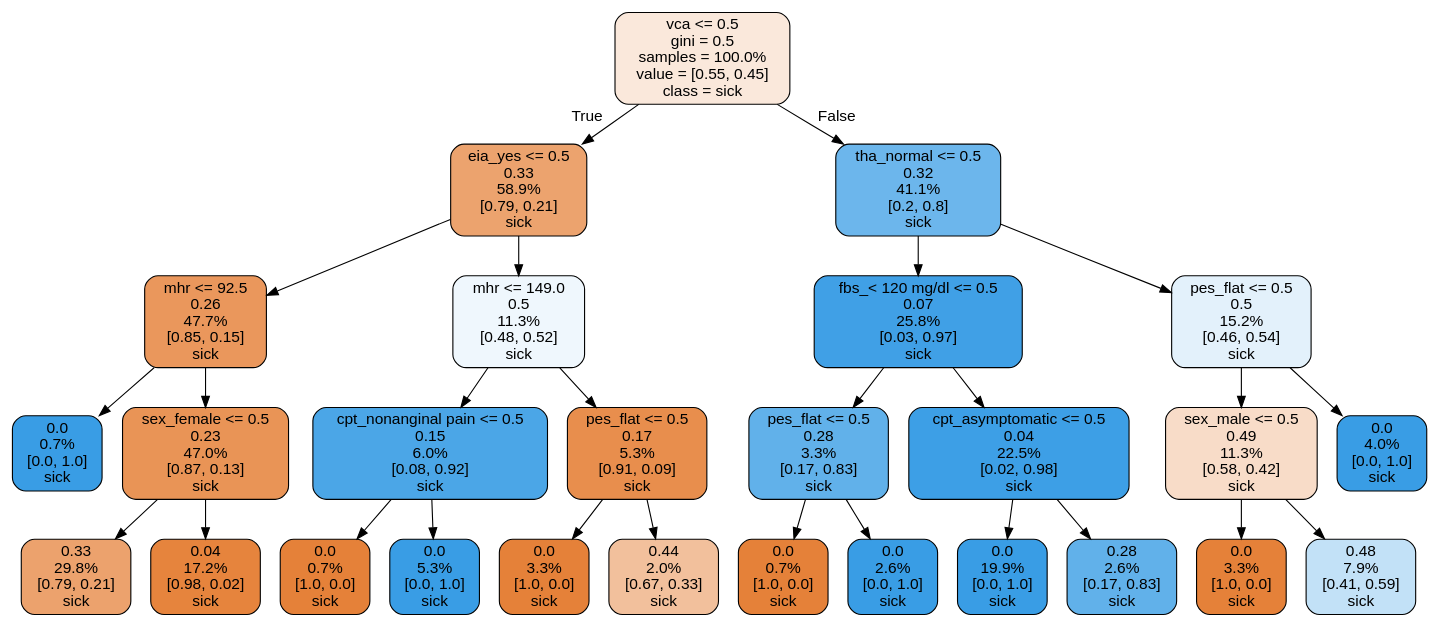
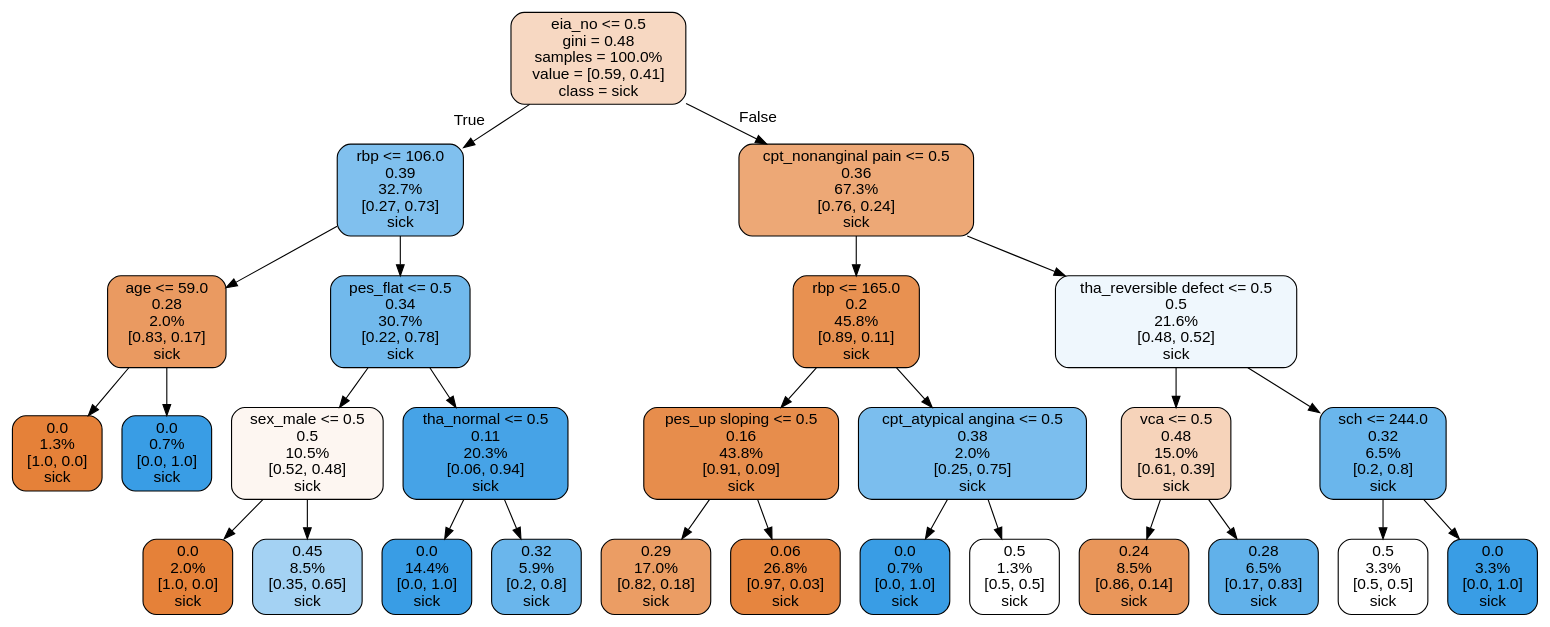
Before and after one commit to ma6068/SU: the diagram in dot/random_forest_tree.dot, drawn with Graphviz. The commit also changed 37 other files, not shown here.

```diff
--- a/dot/random_forest_tree.dot
+++ b/dot/random_forest_tree.dot
@@ -1,57 +1,57 @@
 digraph Tree {
 node [shape=box, style="filled, rounded", color="black", fontname="helvetica"] ;
 edge [fontname="helvetica"] ;
-0 [label="vca <= 0.5\ngini = 0.5\nsamples = 100.0%\nvalue = [0.55, 0.45]\nclass = sick", fillcolor="#fae8db"] ;
-1 [label="eia_yes <= 0.5\n0.33\n58.9%\n[0.79, 0.21]\nsick", fillcolor="#eca36e"] ;
+0 [label="eia_no <= 0.5\ngini = 0.48\nsamples = 100.0%\nvalue = [0.59, 0.41]\nclass = sick", fillcolor="#f7d8c2"] ;
+1 [label="rbp <= 106.0\n0.39\n32.7%\n[0.27, 0.73]\nsick", fillcolor="#80c0ee"] ;
 0 -> 1 [labeldistance=2.5, labelangle=45, headlabel="True"] ;
-2 [label="mhr <= 92.5\n0.26\n47.7%\n[0.85, 0.15]\nsick", fillcolor="#ea975c"] ;
+2 [label="age <= 59.0\n0.28\n2.0%\n[0.83, 0.17]\nsick", fillcolor="#ea9a61"] ;
 1 -> 2 ;
-3 [label="0.0\n0.7%\n[0.0, 1.0]\nsick", fillcolor="#399de5"] ;
+3 [label="0.0\n1.3%\n[1.0, 0.0]\nsick", fillcolor="#e58139"] ;
 2 -> 3 ;
-4 [label="sex_female <= 0.5\n0.23\n47.0%\n[0.87, 0.13]\nsick", fillcolor="#e99456"] ;
+4 [label="0.0\n0.7%\n[0.0, 1.0]\nsick", fillcolor="#399de5"] ;
 2 -> 4 ;
-5 [label="0.33\n29.8%\n[0.79, 0.21]\nsick", fillcolor="#eca26d"] ;
-4 -> 5 ;
-6 [label="0.04\n17.2%\n[0.98, 0.02]\nsick", fillcolor="#e6843d"] ;
-4 -> 6 ;
-7 [label="mhr <= 149.0\n0.5\n11.3%\n[0.48, 0.52]\nsick", fillcolor="#eff7fd"] ;
-1 -> 7 ;
-8 [label="cpt_nonanginal pain <= 0.5\n0.15\n6.0%\n[0.08, 0.92]\nsick", fillcolor="#4ba6e7"] ;
-7 -> 8 ;
-9 [label="0.0\n0.7%\n[1.0, 0.0]\nsick", fillcolor="#e58139"] ;
-8 -> 9 ;
-10 [label="0.0\n5.3%\n[0.0, 1.0]\nsick", fillcolor="#399de5"] ;
-8 -> 10 ;
-11 [label="pes_flat <= 0.5\n0.17\n5.3%\n[0.91, 0.09]\nsick", fillcolor="#e88e4d"] ;
-7 -> 11 ;
-12 [label="0.0\n3.3%\n[1.0, 0.0]\nsick", fillcolor="#e58139"] ;
-11 -> 12 ;
-13 [label="0.44\n2.0%\n[0.67, 0.33]\nsick", fillcolor="#f2c09c"] ;
-11 -> 13 ;
-14 [label="tha_normal <= 0.5\n0.32\n41.1%\n[0.2, 0.8]\nsick", fillcolor="#6cb6ec"] ;
-0 -> 14 [labeldistance=2.5, labelangle=-45, headlabel="False"] ;
-15 [label="fbs_< 120 mg/dl <= 0.5\n0.07\n25.8%\n[0.03, 0.97]\nsick", fillcolor="#40a0e6"] ;
+5 [label="pes_flat <= 0.5\n0.34\n30.7%\n[0.22, 0.78]\nsick", fillcolor="#71b9ec"] ;
+1 -> 5 ;
+6 [label="sex_male <= 0.5\n0.5\n10.5%\n[0.52, 0.48]\nsick", fillcolor="#fdf6f1"] ;
+5 -> 6 ;
+7 [label="0.0\n2.0%\n[1.0, 0.0]\nsick", fillcolor="#e58139"] ;
+6 -> 7 ;
+8 [label="0.45\n8.5%\n[0.35, 0.65]\nsick", fillcolor="#a4d2f3"] ;
+6 -> 8 ;
+9 [label="tha_normal <= 0.5\n0.11\n20.3%\n[0.06, 0.94]\nsick", fillcolor="#46a3e7"] ;
+5 -> 9 ;
+10 [label="0.0\n14.4%\n[0.0, 1.0]\nsick", fillcolor="#399de5"] ;
+9 -> 10 ;
+11 [label="0.32\n5.9%\n[0.2, 0.8]\nsick", fillcolor="#6ab6ec"] ;
+9 -> 11 ;
+12 [label="cpt_nonanginal pain <= 0.5\n0.36\n67.3%\n[0.76, 0.24]\nsick", fillcolor="#eda876"] ;
+0 -> 12 [labeldistance=2.5, labelangle=-45, headlabel="False"] ;
+13 [label="rbp <= 165.0\n0.2\n45.8%\n[0.89, 0.11]\nsick", fillcolor="#e89151"] ;
+12 -> 13 ;
+14 [label="pes_up sloping <= 0.5\n0.16\n43.8%\n[0.91, 0.09]\nsick", fillcolor="#e78d4c"] ;
+13 -> 14 ;
+15 [label="0.29\n17.0%\n[0.82, 0.18]\nsick", fillcolor="#eb9d64"] ;
 14 -> 15 ;
-16 [label="pes_flat <= 0.5\n0.28\n3.3%\n[0.17, 0.83]\nsick", fillcolor="#61b1ea"] ;
-15 -> 16 ;
-17 [label="0.0\n0.7%\n[1.0, 0.0]\nsick", fillcolor="#e58139"] ;
-16 -> 17 ;
-18 [label="0.0\n2.6%\n[0.0, 1.0]\nsick", fillcolor="#399de5"] ;
-16 -> 18 ;
-19 [label="cpt_asymptomatic <= 0.5\n0.04\n22.5%\n[0.02, 0.98]\nsick", fillcolor="#3d9fe6"] ;
-15 -> 19 ;
-20 [label="0.0\n19.9%\n[0.0, 1.0]\nsick", fillcolor="#399de5"] ;
-19 -> 20 ;
-21 [label="0.28\n2.6%\n[0.17, 0.83]\nsick", fillcolor="#61b1ea"] ;
-19 -> 21 ;
-22 [label="pes_flat <= 0.5\n0.5\n15.2%\n[0.46, 0.54]\nsick", fillcolor="#e3f1fb"] ;
-14 -> 22 ;
-23 [label="sex_male <= 0.5\n0.49\n11.3%\n[0.58, 0.42]\nsick", fillcolor="#f8dcc8"] ;
-22 -> 23 ;
-24 [label="0.0\n3.3%\n[1.0, 0.0]\nsick", fillcolor="#e58139"] ;
-23 -> 24 ;
-25 [label="0.48\n7.9%\n[0.41, 0.59]\nsick", fillcolor="#c2e1f7"] ;
-23 -> 25 ;
-26 [label="0.0\n4.0%\n[0.0, 1.0]\nsick", fillcolor="#399de5"] ;
-22 -> 26 ;
+16 [label="0.06\n26.8%\n[0.97, 0.03]\nsick", fillcolor="#e6853f"] ;
+14 -> 16 ;
+17 [label="cpt_atypical angina <= 0.5\n0.38\n2.0%\n[0.25, 0.75]\nsick", fillcolor="#7bbeee"] ;
+13 -> 17 ;
+18 [label="0.0\n0.7%\n[0.0, 1.0]\nsick", fillcolor="#399de5"] ;
+17 -> 18 ;
+19 [label="0.5\n1.3%\n[0.5, 0.5]\nsick", fillcolor="#ffffff"] ;
+17 -> 19 ;
+20 [label="tha_reversible defect <= 0.5\n0.5\n21.6%\n[0.48, 0.52]\nsick", fillcolor="#eff7fd"] ;
+12 -> 20 ;
+21 [label="vca <= 0.5\n0.48\n15.0%\n[0.61, 0.39]\nsick", fillcolor="#f6d3ba"] ;
+20 -> 21 ;
+22 [label="0.24\n8.5%\n[0.86, 0.14]\nsick", fillcolor="#e9965a"] ;
+21 -> 22 ;
+23 [label="0.28\n6.5%\n[0.17, 0.83]\nsick", fillcolor="#61b1ea"] ;
+21 -> 23 ;
+24 [label="sch <= 244.0\n0.32\n6.5%\n[0.2, 0.8]\nsick", fillcolor="#6ab6ec"] ;
+20 -> 24 ;
+25 [label="0.5\n3.3%\n[0.5, 0.5]\nsick", fillcolor="#ffffff"] ;
+24 -> 25 ;
+26 [label="0.0\n3.3%\n[0.0, 1.0]\nsick", fillcolor="#399de5"] ;
+24 -> 26 ;
 }
```
